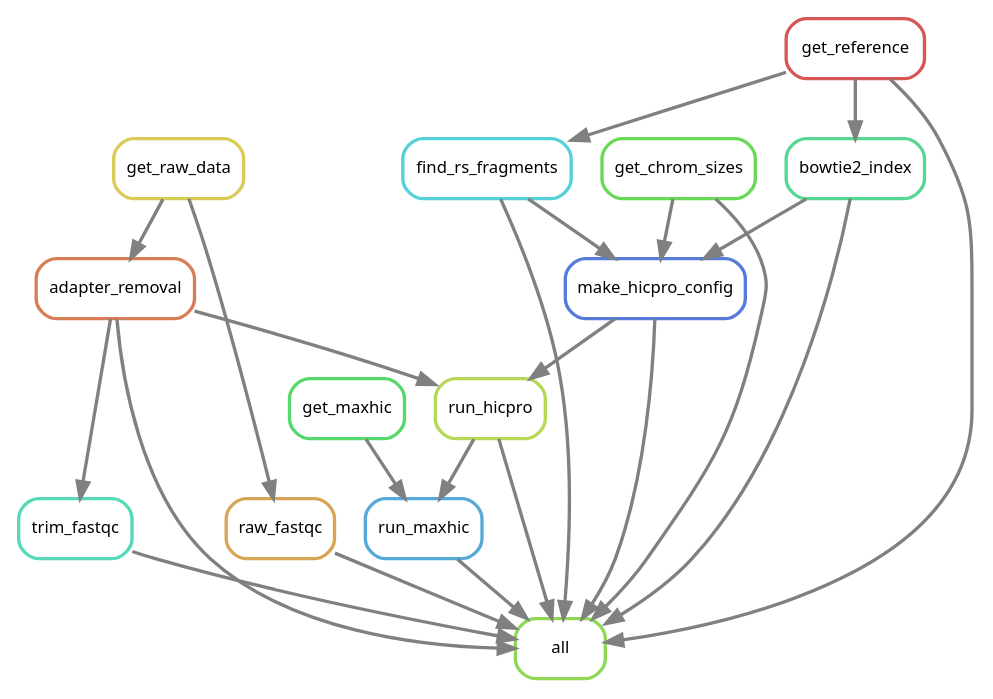
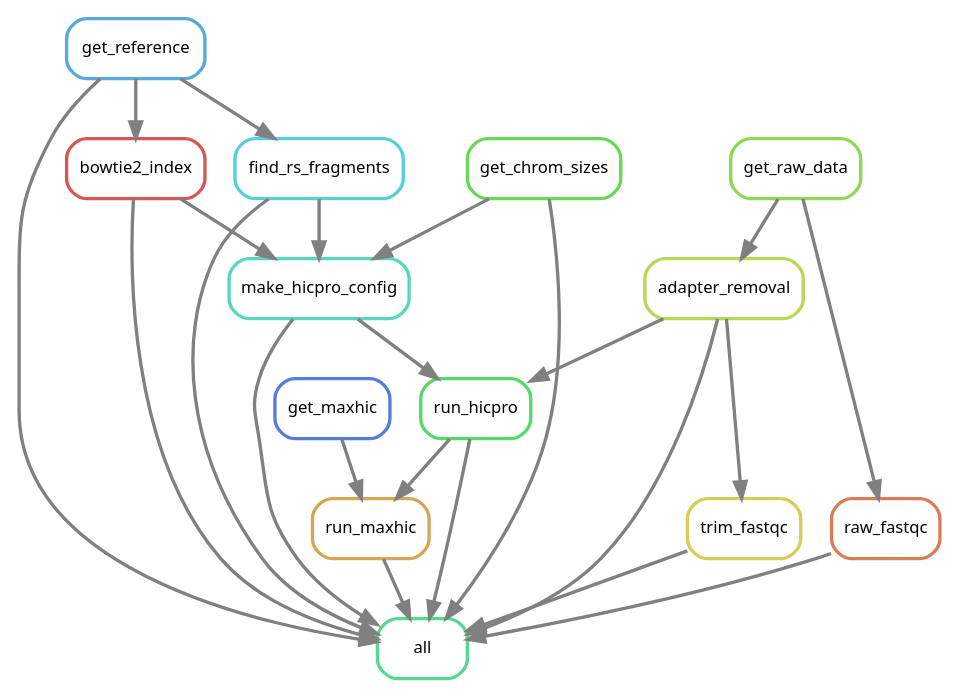
One commit to DRMCRL/ENCODE_T47D_HiC_ENCSR549MGQ changed the diagram in output/rulegraph.dot. Above: the diagram before and after it, drawn with Graphviz. The commit also changed 5 other files, not shown here.

```diff
--- a/output/rulegraph.dot
+++ b/output/rulegraph.dot
@@ -1,40 +1,40 @@
 digraph snakemake_dag {
     graph[bgcolor=white, margin=0];
     node[shape=box, style=rounded, fontname=sans,                 fontsize=10, penwidth=2];
     edge[penwidth=2, color=grey];
-	0[label = "all", color = "0.26 0.6 0.85", style="rounded"];
-	1[label = "run_hicpro", color = "0.21 0.6 0.85", style="rounded"];
-	2[label = "find_rs_fragments", color = "0.51 0.6 0.85", style="rounded"];
-	3[label = "raw_fastqc", color = "0.10 0.6 0.85", style="rounded"];
-	4[label = "run_maxhic", color = "0.56 0.6 0.85", style="rounded"];
-	5[label = "bowtie2_index", color = "0.41 0.6 0.85", style="rounded"];
-	6[label = "adapter_removal", color = "0.05 0.6 0.85", style="rounded"];
-	7[label = "trim_fastqc", color = "0.46 0.6 0.85", style="rounded"];
-	8[label = "get_chrom_sizes", color = "0.31 0.6 0.85", style="rounded"];
-	9[label = "get_reference", color = "0.00 0.6 0.85", style="rounded"];
-	10[label = "make_hicpro_config", color = "0.62 0.6 0.85", style="rounded"];
-	11[label = "get_raw_data", color = "0.15 0.6 0.85", style="rounded"];
-	12[label = "get_maxhic", color = "0.36 0.6 0.85", style="rounded"];
+	0[label = "all", color = "0.41 0.6 0.85", style="rounded"];
+	1[label = "adapter_removal", color = "0.21 0.6 0.85", style="rounded"];
+	2[label = "raw_fastqc", color = "0.05 0.6 0.85", style="rounded"];
+	3[label = "bowtie2_index", color = "0.00 0.6 0.85", style="rounded"];
+	4[label = "run_hicpro", color = "0.36 0.6 0.85", style="rounded"];
+	5[label = "make_hicpro_config", color = "0.46 0.6 0.85", style="rounded"];
+	6[label = "trim_fastqc", color = "0.15 0.6 0.85", style="rounded"];
+	7[label = "find_rs_fragments", color = "0.51 0.6 0.85", style="rounded"];
+	8[label = "run_maxhic", color = "0.10 0.6 0.85", style="rounded"];
+	9[label = "get_reference", color = "0.56 0.6 0.85", style="rounded"];
+	10[label = "get_chrom_sizes", color = "0.31 0.6 0.85", style="rounded"];
+	11[label = "get_raw_data", color = "0.26 0.6 0.85", style="rounded"];
+	12[label = "get_maxhic", color = "0.62 0.6 0.85", style="rounded"];
+	3 -> 0
+	2 -> 0
+	8 -> 0
+	4 -> 0
+	1 -> 0
 	6 -> 0
-	9 -> 0
-	3 -> 0
-	1 -> 0
-	8 -> 0
 	10 -> 0
 	5 -> 0
-	2 -> 0
 	7 -> 0
-	4 -> 0
-	10 -> 1
-	6 -> 1
-	9 -> 2
-	11 -> 3
-	12 -> 4
+	9 -> 0
+	11 -> 1
+	11 -> 2
+	9 -> 3
+	5 -> 4
 	1 -> 4
-	9 -> 5
-	11 -> 6
-	6 -> 7
-	8 -> 10
-	5 -> 10
-	2 -> 10
+	7 -> 5
+	3 -> 5
+	10 -> 5
+	1 -> 6
+	9 -> 7
+	4 -> 8
+	12 -> 8
 }            
```
